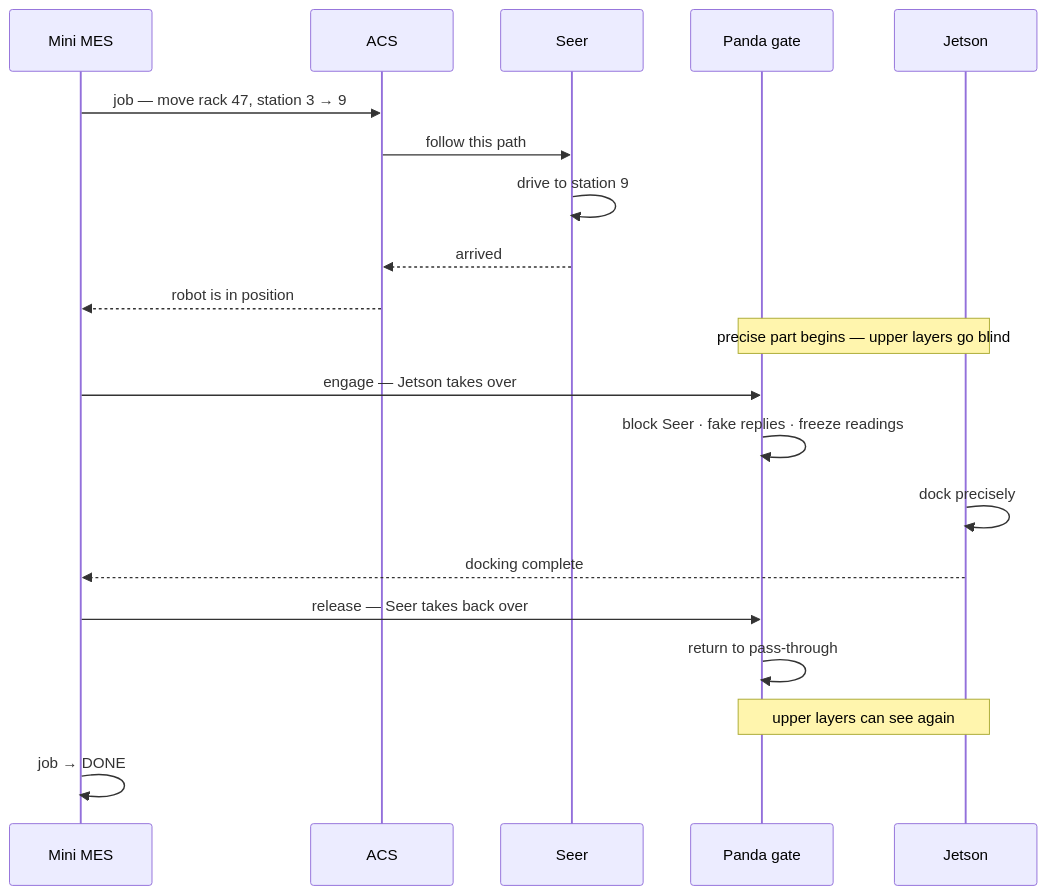
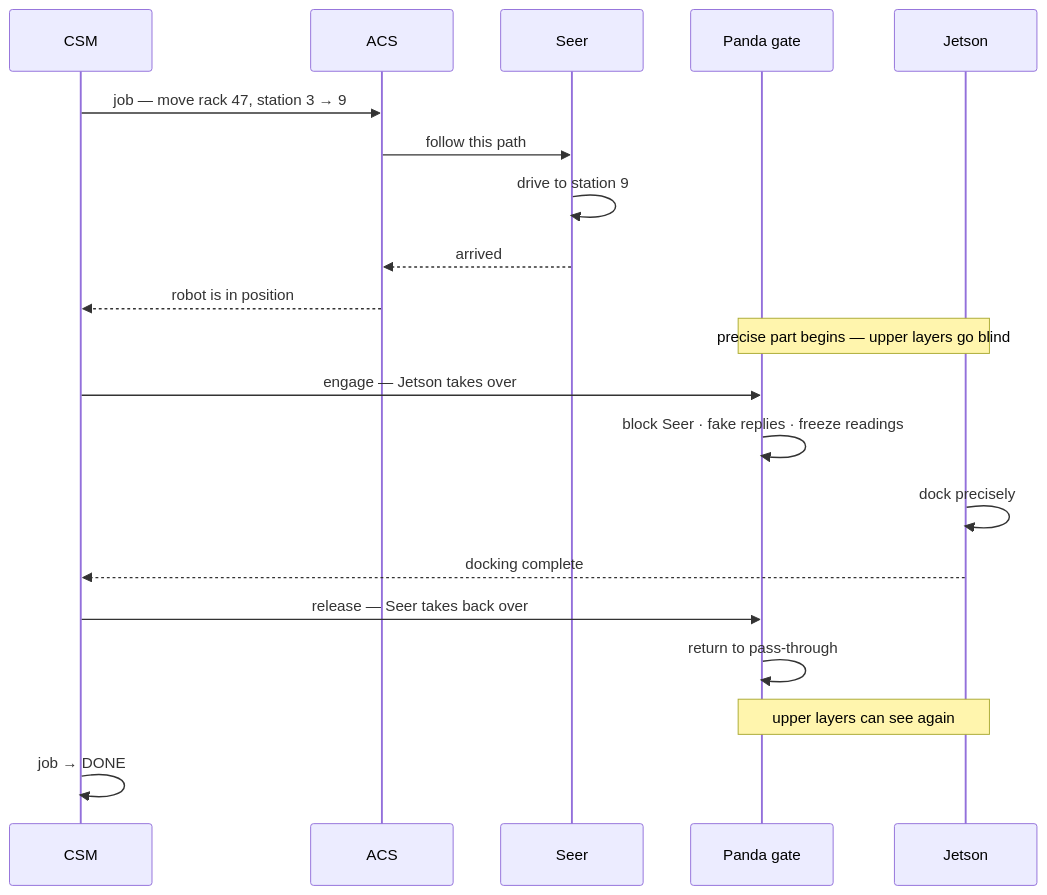
One commit to kuks2309/BIG-AMR changed the fifth of 5 diagrams in ARCHITECTURE.md. Above: the diagram before and after it, drawn with Mermaid. The commit also changed other lines of this file and 72 other files, not shown here.

First line of the commit message:
refactor!: rename mini_mes to csm — the layer has an official name

````diff
--- a/ARCHITECTURE.md
+++ b/ARCHITECTURE.md
@@ -504,25 +504,25 @@
 ```mermaid
 sequenceDiagram
-    participant M as Mini MES
+    participant M as CSM
     participant A as ACS
     participant S as Seer
     participant G as Panda gate
     participant J as Jetson
 
     M->>A: job — move rack 47, station 3 → 9
     A->>S: follow this path
     S->>S: drive to station 9
     S-->>A: arrived
     A-->>M: robot is in position
 
     Note over G,J: precise part begins — upper layers go blind
     M->>G: engage — Jetson takes over
     G->>G: block Seer · fake replies · freeze readings
     J->>J: dock precisely
     J-->>M: docking complete
     M->>G: release — Seer takes back over
     G->>G: return to pass-through
     Note over G,J: upper layers can see again
 
     M->>M: job → DONE
 ```
````
